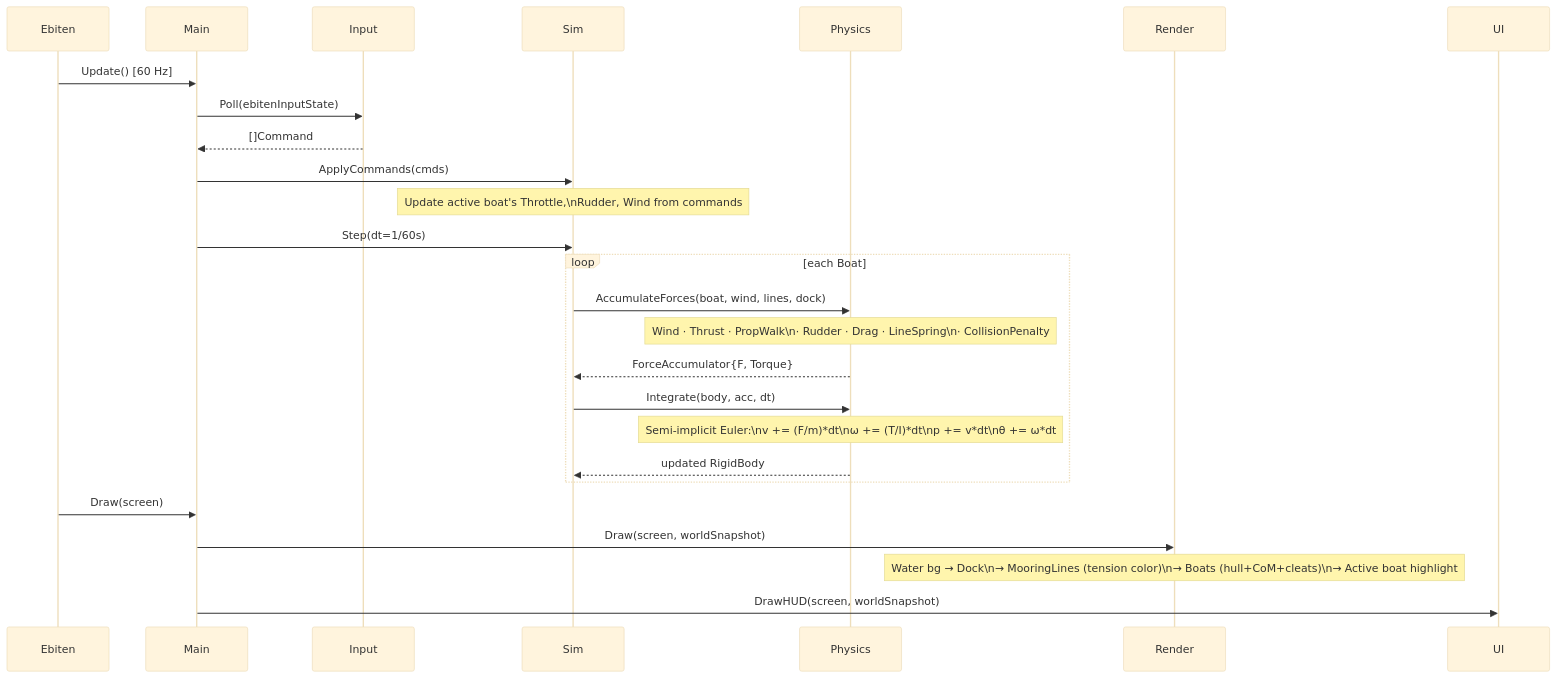
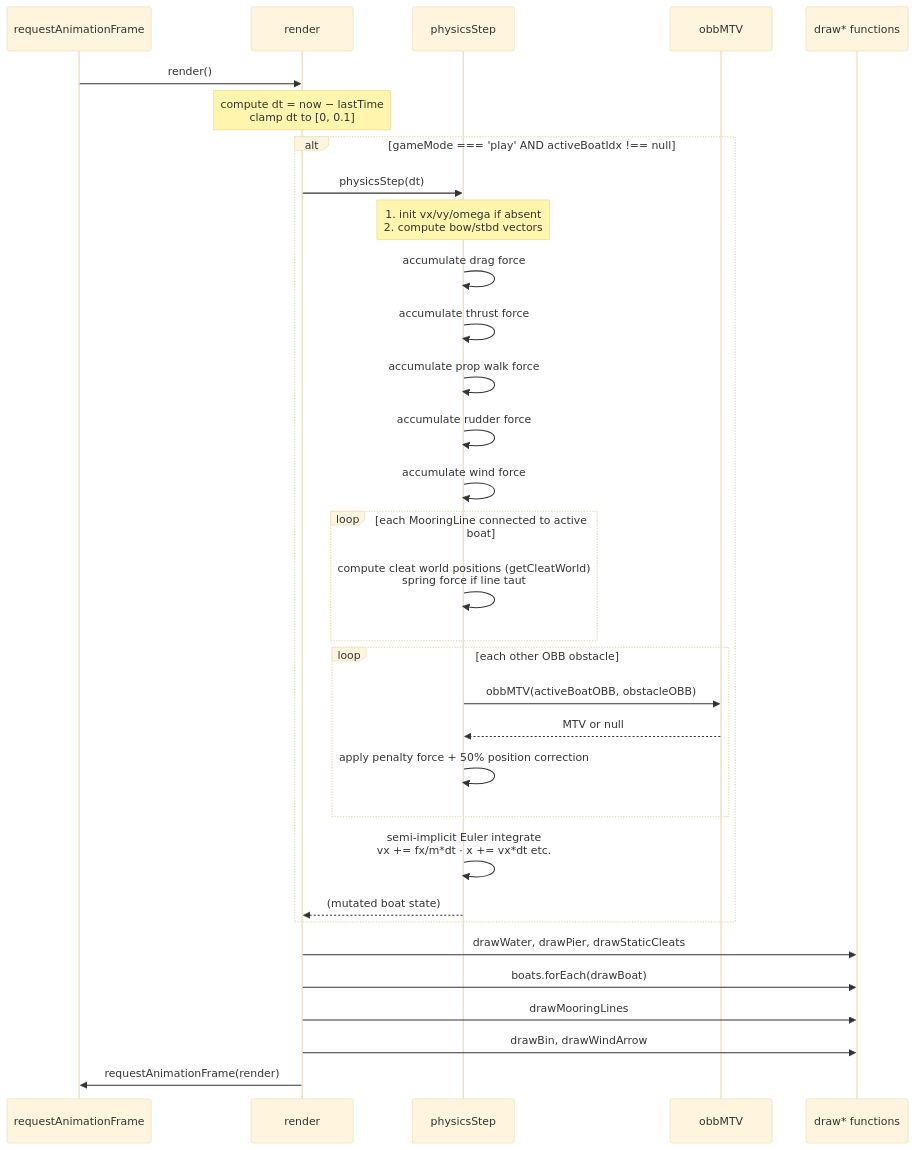
Before and after one commit to Hexo4yxaBP/mooring-simulator: the third of 3 diagrams in docs/Design/architecture.md, drawn with Mermaid (base theme). The commit also changed other lines of this file and 19 other files, not shown here.

````diff
--- a/docs/Design/architecture.md
+++ b/docs/Design/architecture.md
@@ -77,31 +82,37 @@
 ```mermaid
 sequenceDiagram
-    participant Ebiten
-    participant Main
-    participant Input
-    participant Sim
-    participant Physics
-    participant Render
+    participant rAF as requestAnimationFrame
+    participant render
+    participant physics as physicsStep
+    participant collision as obbMTV
+    participant draw as draw* functions
 
-    Ebiten->>Main: Update() [60 Hz]
-    Main->>Input: Poll(ebitenInputState)
-    Input-->>Main: []Command
+    rAF->>render: render()
+    Note over render: compute dt = now − lastTime<br/>clamp dt to [0, 0.1]
 
-    Main->>Sim: ApplyCommands(cmds)
-    Note over Sim: Update active boat's Throttle,\nRudder, Wind from commands
-
-    Main->>Sim: Step(dt=1/60s)
-    loop each Boat
-        Sim->>Physics: AccumulateForces(boat, wind, lines, dock)
-        Note over Physics: Wind · Thrust · PropWalk\n· Rudder · Drag · LineSpring\n· CollisionPenalty
-        Physics-->>Sim: ForceAccumulator{F, Torque}
-        Sim->>Physics: Integrate(body, acc, dt)
-        Note over Physics: Semi-implicit Euler:\nv += (F/m)*dt\nω += (T/I)*dt\np += v*dt\nθ += ω*dt
-        Physics-->>Sim: updated RigidBody
+    alt gameMode === 'play' AND activeBoatIdx !== null
+        render->>physics: physicsStep(dt)
+        Note over physics: 1. init vx/vy/omega if absent<br/>2. compute bow/stbd vectors
+        physics->>physics: accumulate drag force
+        physics->>physics: accumulate thrust force
+        physics->>physics: accumulate prop walk force
+        physics->>physics: accumulate rudder force
+        physics->>physics: accumulate wind force
+        loop each MooringLine connected to active boat
+            physics->>physics: compute cleat world positions (getCleatWorld)<br/>spring force if line taut
+        end
+        loop each other OBB obstacle
+            physics->>collision: obbMTV(activeBoatOBB, obstacleOBB)
+            collision-->>physics: MTV or null
+            physics->>physics: apply penalty force + 50% position correction
+        end
+        physics->>physics: semi-implicit Euler integrate<br/>vx += fx/m*dt · x += vx*dt etc.
+        physics-->>render: (mutated boat state)
     end
 
-    Ebiten->>Main: Draw(screen)
-    Main->>Render: Draw(screen, worldSnapshot)
-    Note over Render: Water bg → Dock\n→ MooringLines (tension color)\n→ Boats (hull+CoM+cleats)\n→ Active boat highlight
-    Main->>UI: DrawHUD(screen, worldSnapshot)
+    render->>draw: drawWater, drawPier, drawStaticCleats
+    render->>draw: boats.forEach(drawBoat)
+    render->>draw: drawMooringLines
+    render->>draw: drawBin, drawWindArrow
+    render->>rAF: requestAnimationFrame(render)
 ```
````
